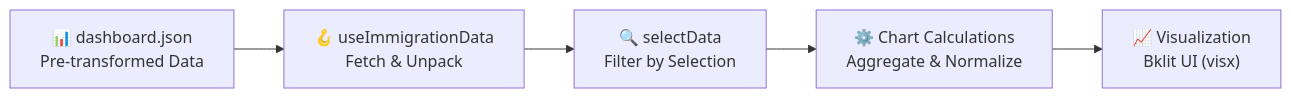
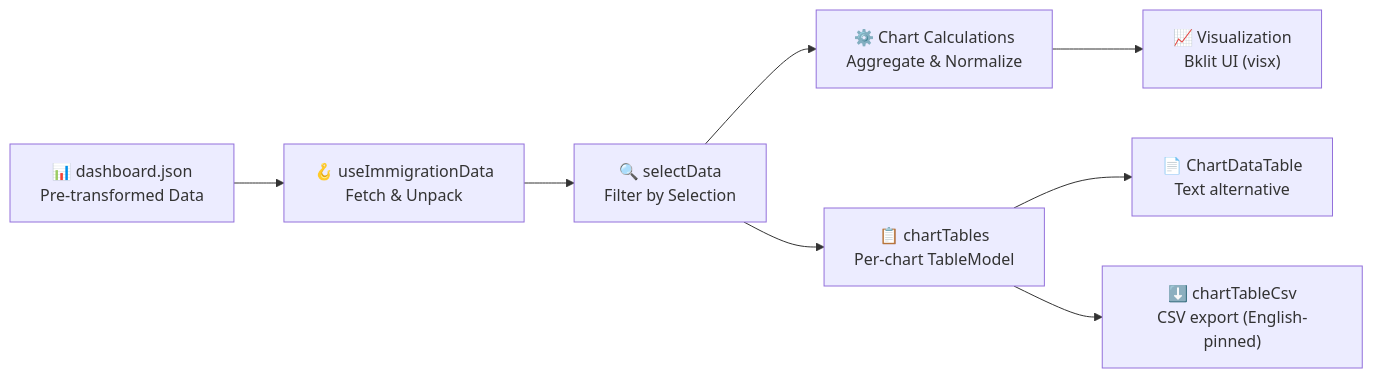
The second of 17 diagrams in ARCHITECTURE.md (RetroHazard/JP_Immigration_Dashboard), drawn with Mermaid before and after one commit. The commit also changed other lines of this file and 62 other files, not shown here.

First line of the commit message:
Add per-chart data tables, policy event markers, and estimation formula breakdown (#89)

````diff
--- a/ARCHITECTURE.md
+++ b/ARCHITECTURE.md
@@ -73,13 +73,19 @@
 ```mermaid
 graph LR
     DATA["📊 dashboard.json<br/>Pre-transformed Data"] 
     HOOK["🪝 useImmigrationData<br/>Fetch & Unpack"]
     FILTER["🔍 selectData<br/>Filter by Selection"]
     CALC["⚙️ Chart Calculations<br/>Aggregate & Normalize"]
     VIZ["📈 Visualization<br/>Bklit UI (visx)"]
+    TABLE["📋 chartTables<br/>Per-chart TableModel"]
+    DOM["📄 ChartDataTable<br/>Text alternative"]
+    CSV["⬇️ chartTableCsv<br/>CSV export (English-pinned)"]
     
     DATA --> HOOK
     HOOK --> FILTER
     FILTER --> CALC
     CALC --> VIZ
+    FILTER --> TABLE
+    TABLE --> DOM
+    TABLE --> CSV
 ```
````
